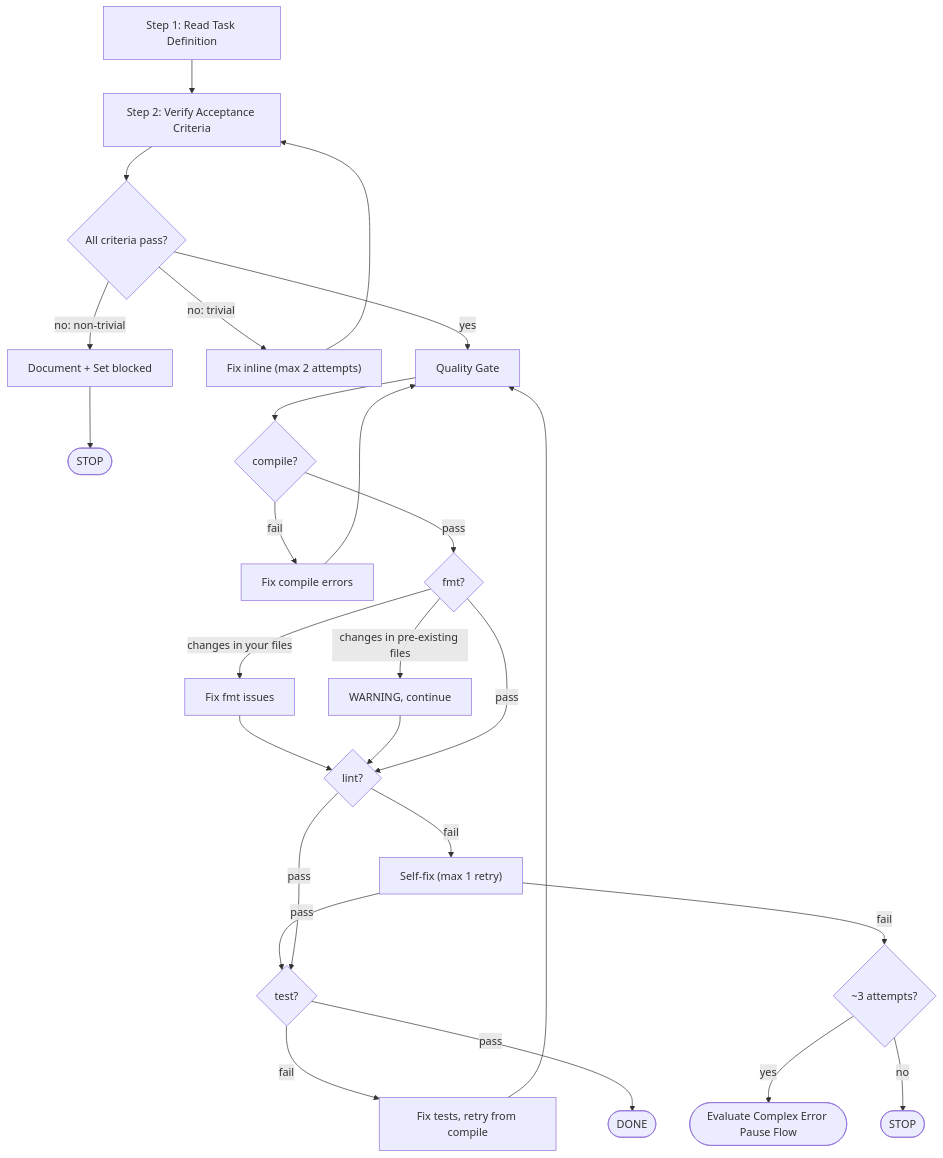
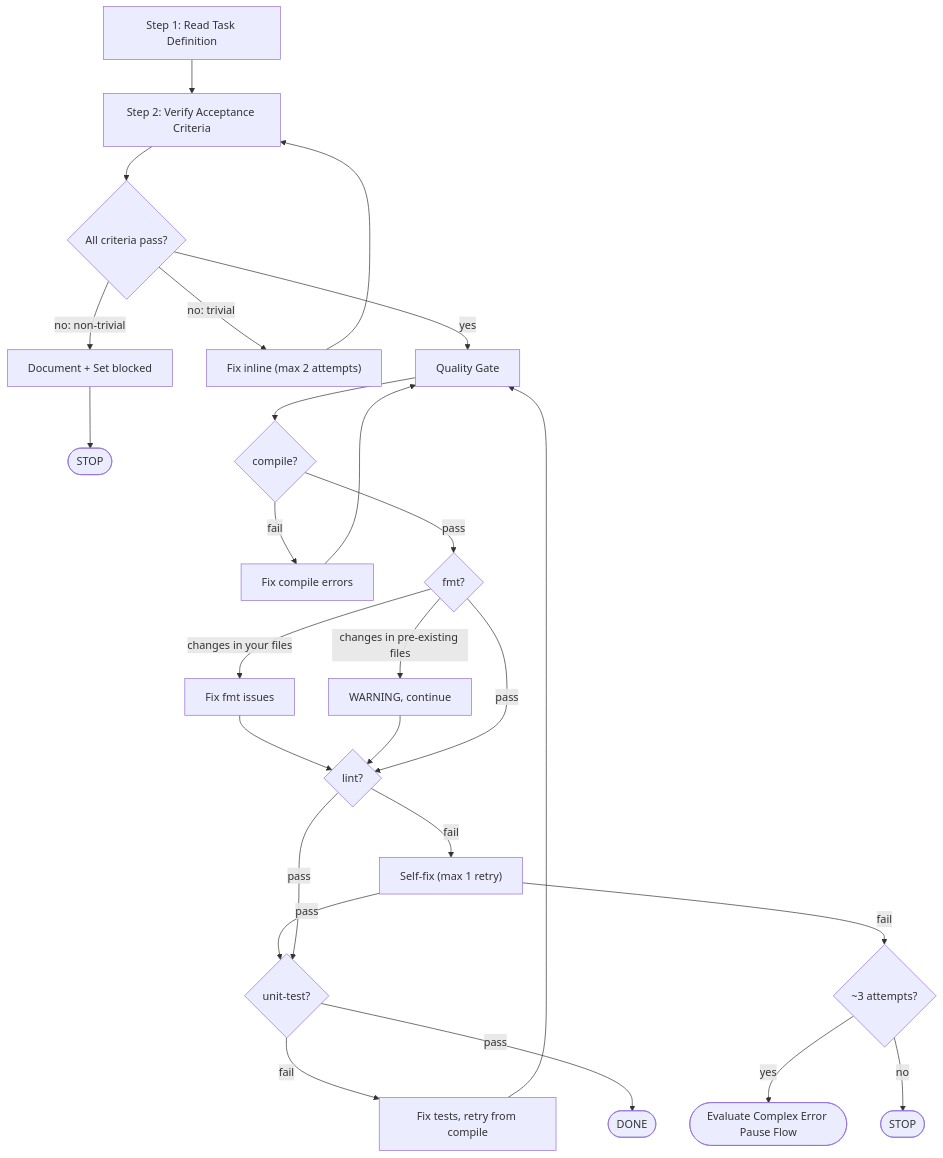
One commit to bigfaner/forge changed the diagram in forge-cli/pkg/prompt/data/gate.md. Above: the diagram before and after it, drawn with Mermaid. The commit also changed other lines of this file and 4 other files, not shown here.

First line of the commit message:
docs(prompt): replace `just test` with `just unit-test` in gate templates

````diff
--- a/forge-cli/pkg/prompt/data/gate.md
+++ b/forge-cli/pkg/prompt/data/gate.md
@@ -114,28 +114,28 @@
 ```mermaid
 flowchart TD
     A["Step 1: Read Task Definition"] --> B["Step 2: Verify Acceptance Criteria"]
     B --> C{"All criteria pass?"}
     C -->|"yes"| D["Quality Gate"]
     C -->|"no: trivial"| E["Fix inline (max 2 attempts)"]
     E --> B
     C -->|"no: non-trivial"| F["Document + Set blocked"]
     F --> STOP(["STOP"])
     D --> G{"compile?"}
     G -->|"fail"| H["Fix compile errors"]
     H --> D
     G -->|"pass"| I{"fmt?"}
     I -->|"changes in your files"| I1["Fix fmt issues"]
     I1 --> J
     I -->|"changes in pre-existing files"| I2["WARNING, continue"]
     I2 --> J
     I -->|"pass"| J{"lint?"}
     J -->|"fail"| K["Self-fix (max 1 retry)"]
-    K -->|"pass"| L{"test?"}
+    K -->|"pass"| L{"unit-test?"}
     K -->|"fail"| K2{"~3 attempts?"}
     K2 -->|"yes"| STOP3(["Evaluate Complex Error Pause Flow"])
     K2 -->|"no"| STOP2(["STOP"])
     J -->|"pass"| L
     L -->|"fail"| M["Fix tests, retry from compile"]
     M --> D
     L -->|"pass"| DONE(["DONE"])
 ```
````
